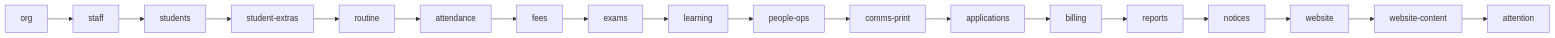
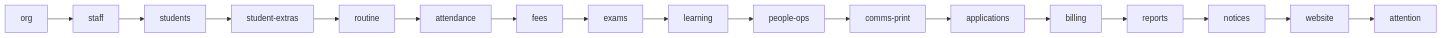
Before and after one commit to LBCron/biddaloy: the second of 10 diagrams in docs/architecture/22-demo-seed.md, drawn with Mermaid. The commit also changed other lines of this file and 5 other files, not shown here.

Commit message:
feat(website): demo seed blog posts, enquiries, pinned notice and the content e2e journey (40.3.11)

````diff
--- a/docs/architecture/22-demo-seed.md
+++ b/docs/architecture/22-demo-seed.md
@@ -78,4 +78,4 @@
 ```mermaid
 flowchart LR
-  org --> staff --> students --> student-extras --> routine --> attendance --> fees --> exams --> learning --> people-ops --> comms-print --> applications --> billing --> reports --> notices --> website --> website-content --> attention
+  org --> staff --> students --> student-extras --> routine --> attendance --> fees --> exams --> learning --> people-ops --> comms-print --> applications --> billing --> reports --> notices --> website --> attention
 ```
````
